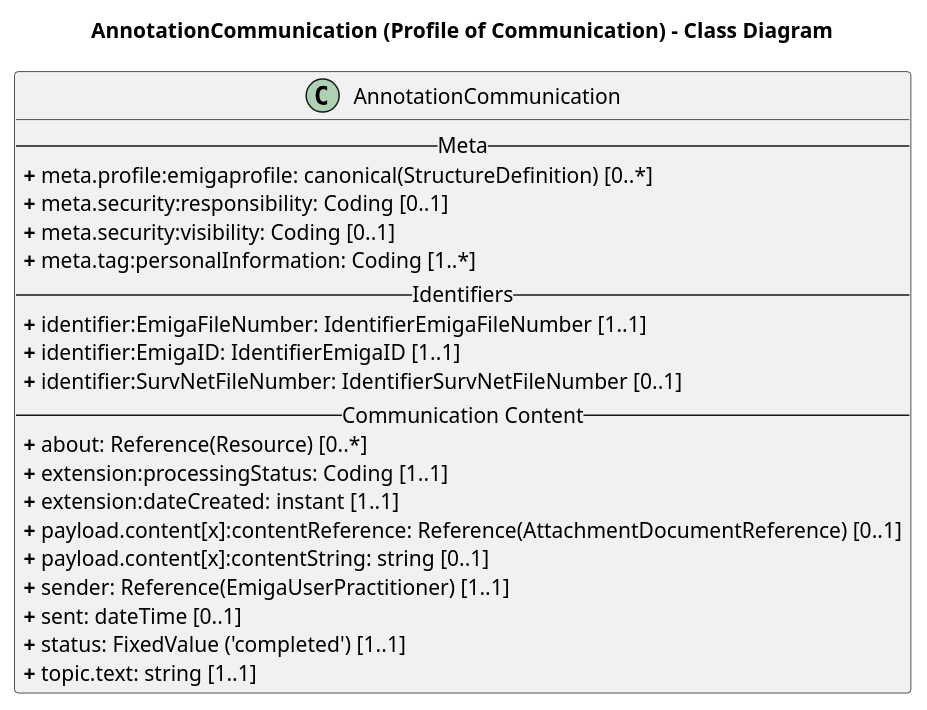
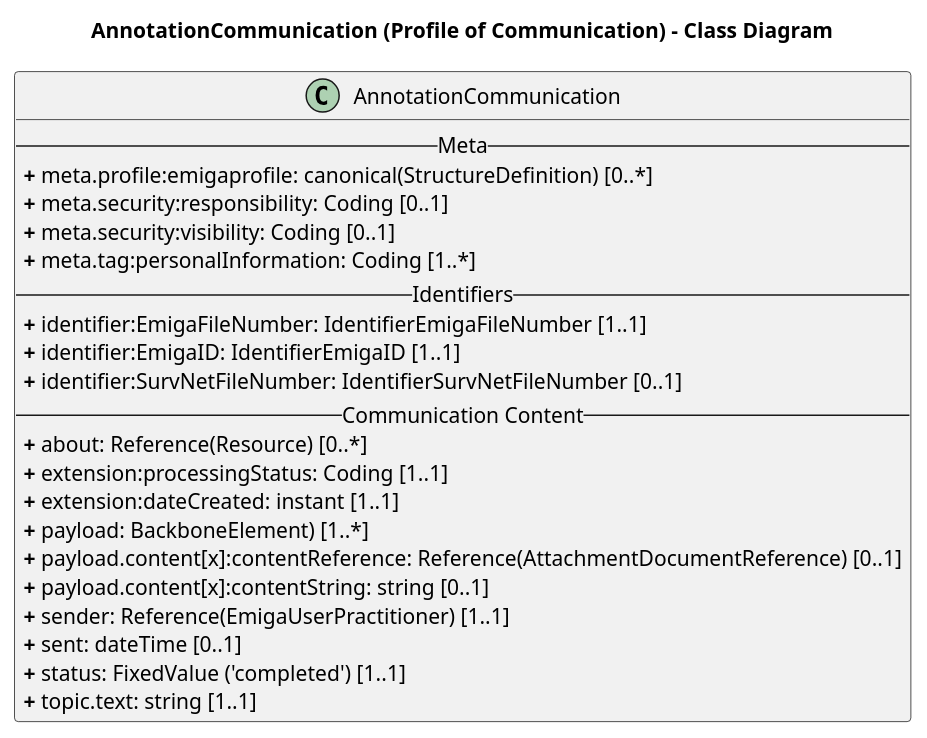
The diagram in rki.emiga.common/PlantUML/AnnotationCommunication.puml (robert-koch-institut/rki.emiga.common), drawn with PlantUML before and after one commit.

```diff
--- a/rki.emiga.common/PlantUML/AnnotationCommunication.puml
+++ b/rki.emiga.common/PlantUML/AnnotationCommunication.puml
@@ -1,29 +1,30 @@
 @startuml
 skinparam linetype ortho
 
 title AnnotationCommunication (Profile of Communication) - Class Diagram
 
 ' Main Class
 class AnnotationCommunication{
 -- Meta --
 <b>+</b> meta.profile:emigaprofile: canonical(StructureDefinition) [0..*]
 <b>+</b> meta.security:responsibility: Coding [0..1]
 <b>+</b> meta.security:visibility: Coding [0..1]
 <b>+</b> meta.tag:personalInformation: Coding [1..*]
 -- Identifiers --
 <b>+</b> identifier:EmigaFileNumber: IdentifierEmigaFileNumber [1..1]
 <b>+</b> identifier:EmigaID: IdentifierEmigaID [1..1]
 <b>+</b> identifier:SurvNetFileNumber: IdentifierSurvNetFileNumber [0..1]
 -- Communication Content --
 <b>+</b> about: Reference(Resource) [0..*] 
 <b>+</b> extension:processingStatus: Coding [1..1]
 <b>+</b> extension:dateCreated: instant [1..1]
+<b>+</b> payload: BackboneElement) [1..*]
 <b>+</b> payload.content[x]:contentReference: Reference(AttachmentDocumentReference) [0..1]
 <b>+</b> payload.content[x]:contentString: string [0..1]
 <b>+</b> sender: Reference(EmigaUserPractitioner) [1..1] 
 <b>+</b> sent: dateTime [0..1]
 <b>+</b> status: FixedValue ('completed') [1..1]
 <b>+</b> topic.text: string [1..1] 
 }
 
 @enduml
```
